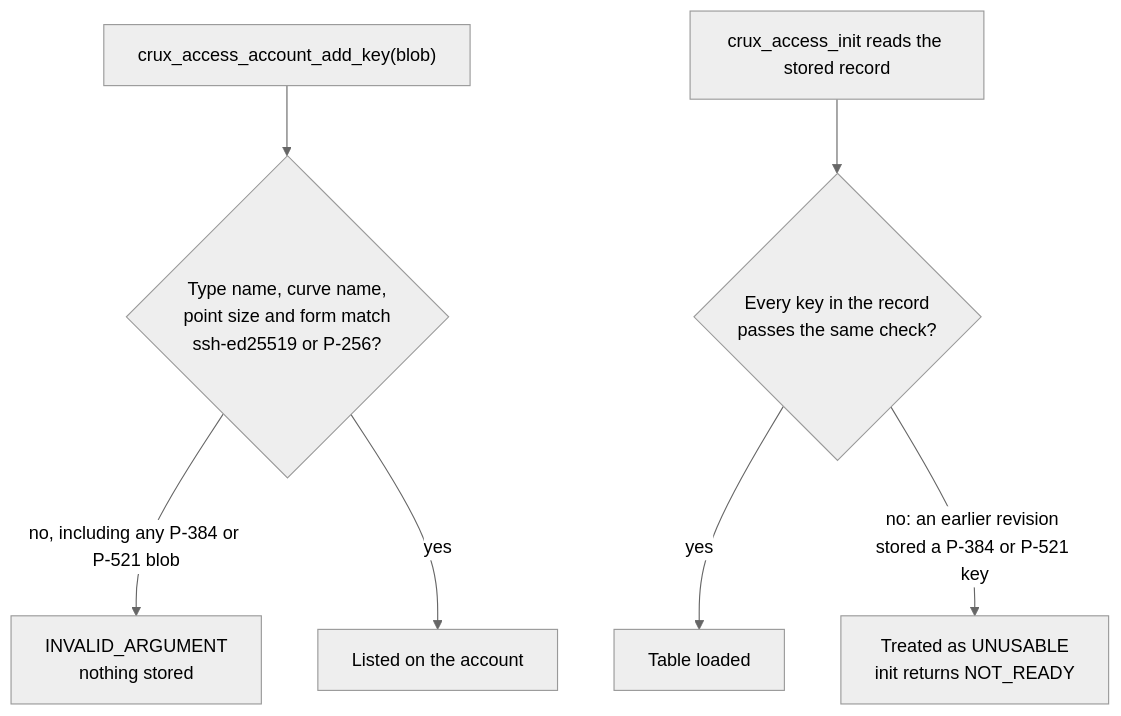
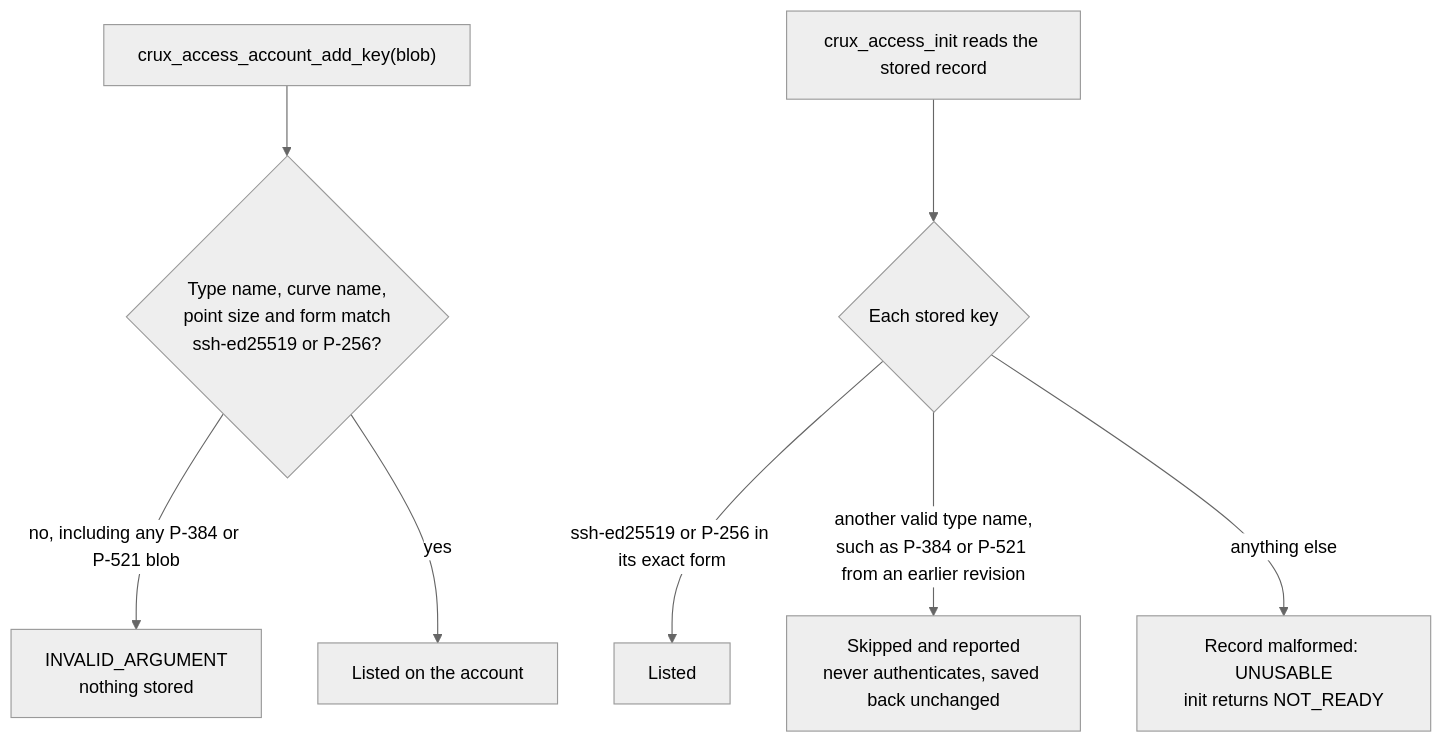
Before and after one commit to wonny-labs/crux: the diagram in docs/access-contract.md, drawn with Mermaid (neutral theme). The commit also changed other lines of this file and 9 other files, not shown here.

First line of the commit message:
fix(access): skip a stored user key of an unsupported type

````diff
--- a/docs/access-contract.md
+++ b/docs/access-contract.md
@@ -130,9 +130,10 @@
 ```mermaid
 flowchart TD
     add["crux_access_account_add_key(blob)"] --> form{"Type name, curve name,<br/>point size and form match<br/>ssh-ed25519 or P-256?"}
     form -->|"no, including any P-384 or P-521 blob"| refuse["INVALID_ARGUMENT<br/>nothing stored"]
     form -->|yes| store["Listed on the account"]
-    boot["crux_access_init reads the stored record"] --> decode{"Every key in the record<br/>passes the same check?"}
-    decode -->|yes| ready["Table loaded"]
-    decode -->|"no: an earlier revision stored a P-384 or P-521 key"| unusable["Treated as UNUSABLE<br/>init returns NOT_READY"]
+    boot["crux_access_init reads the stored record"] --> decode{"Each stored key"}
+    decode -->|"ssh-ed25519 or P-256 in its exact form"| usable["Listed"]
+    decode -->|"another valid type name,<br/>such as P-384 or P-521 from an earlier revision"| skipped["Skipped and reported<br/>never authenticates, saved back unchanged"]
+    decode -->|"anything else"| unusable["Record malformed: UNUSABLE<br/>init returns NOT_READY"]
 ```
````
